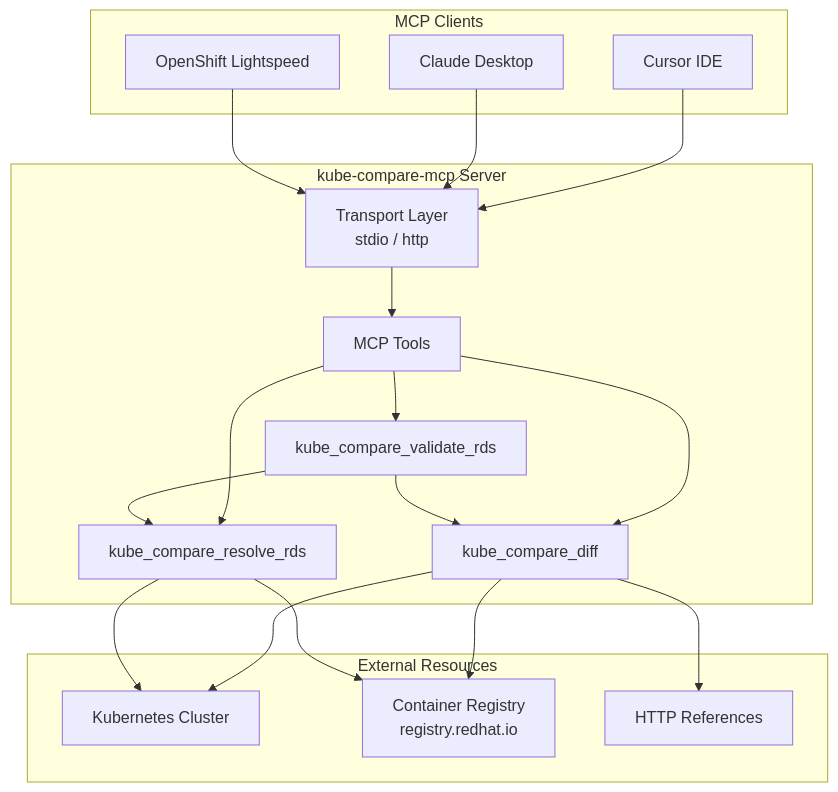
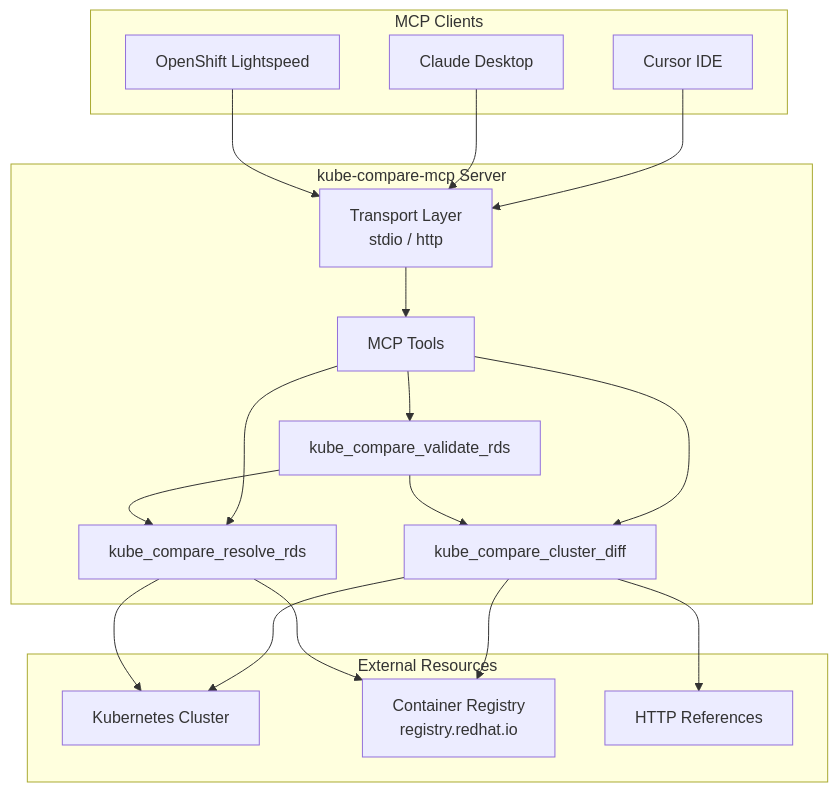
The diagram in README.md (sakhoury/kube-compare-mcp), drawn with Mermaid before and after one commit. The commit also changed other lines of this file and 6 other files, not shown here.

First line of the commit message:
Rename kube_compare_diff to kube_compare_cluster_diff

````diff
--- a/README.md
+++ b/README.md
@@ -39,37 +39,37 @@
 ```mermaid
 flowchart TB
     subgraph clients [MCP Clients]
         Cursor[Cursor IDE]
         Claude[Claude Desktop]
         OLS[OpenShift Lightspeed]
     end
 
     subgraph server [kube-compare-mcp Server]
         Transport[Transport Layer<br/>stdio / http]
         Tools[MCP Tools]
-        Diff[kube_compare_diff]
+        Diff[kube_compare_cluster_diff]
         ResolveRDS[kube_compare_resolve_rds]
         ValidateRDS[kube_compare_validate_rds]
     end
 
     subgraph external [External Resources]
         K8sCluster[Kubernetes Cluster]
         Registry[Container Registry<br/>registry.redhat.io]
         HTTPRef[HTTP References]
     end
 
     Cursor --> Transport
     Claude --> Transport
     OLS --> Transport
     Transport --> Tools
     Tools --> Diff
     Tools --> ResolveRDS
     Tools --> ValidateRDS
     Diff --> K8sCluster
     Diff --> Registry
     Diff --> HTTPRef
     ResolveRDS --> K8sCluster
     ResolveRDS --> Registry
     ValidateRDS --> Diff
     ValidateRDS --> ResolveRDS
 ```
````
